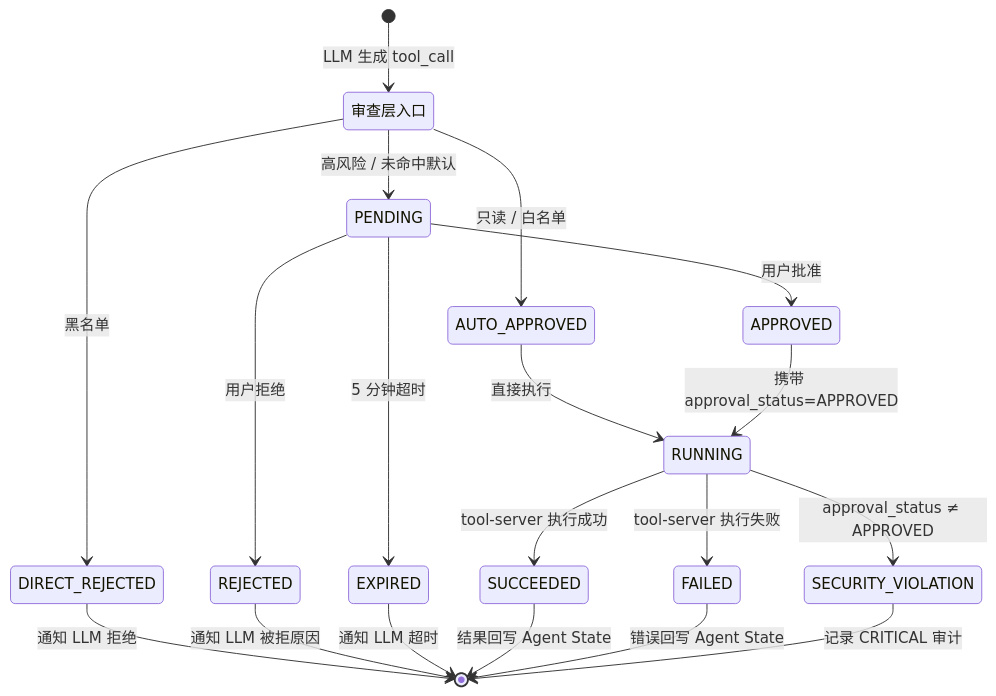
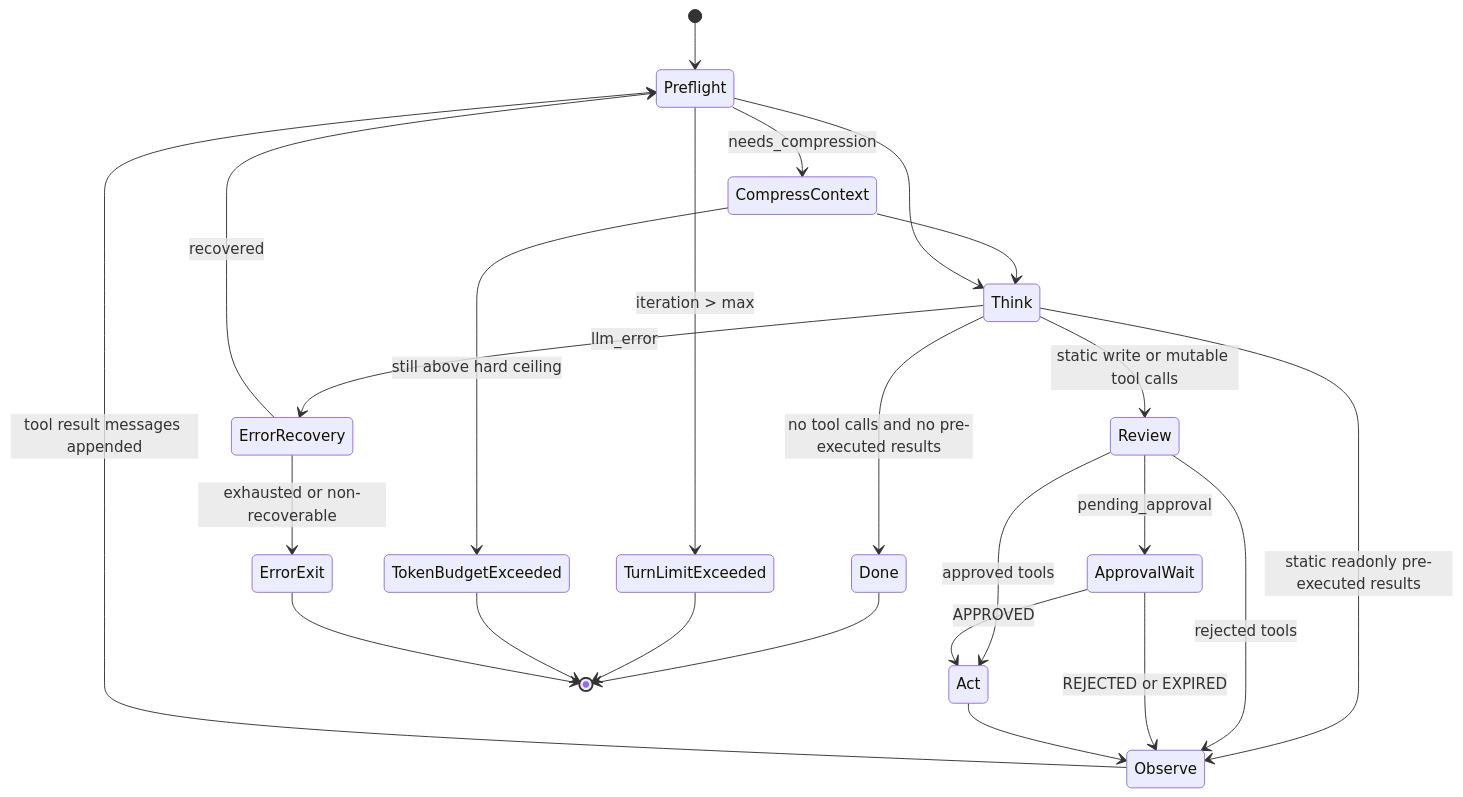
The fourth of 13 diagrams in web-server/graph.md (nazzeDe/alascup-agent), drawn with Mermaid before and after one commit. The commit also changed other lines of this file and 21 other files, not shown here.

````diff
--- a/web-server/graph.md
+++ b/web-server/graph.md
@@ -191,29 +154,31 @@
 ```mermaid
 stateDiagram-v2
-    state "审查层入口" as SEC_ENTRY
+    [*] --> Preflight
+    Preflight --> TurnLimitExceeded: iteration > max
+    Preflight --> CompressContext: needs_compression
+    CompressContext --> TokenBudgetExceeded: still above hard ceiling
+    CompressContext --> Think
+    Preflight --> Think
 
-    [*] --> SEC_ENTRY: LLM 生成 tool_call
+    Think --> Done: no tool calls and no pre-executed results
+    Think --> Observe: static readonly pre-executed results
+    Think --> Review: static write or mutable tool calls
+    Think --> ErrorRecovery: llm_error
 
-    SEC_ENTRY --> AUTO_APPROVED: 只读 / 白名单
-    SEC_ENTRY --> DIRECT_REJECTED: 黑名单
-    SEC_ENTRY --> PENDING: 高风险 / 未命中默认
+    Review --> Act: approved tools
+    Review --> ApprovalWait: pending_approval
+    Review --> Observe: rejected tools
 
-    AUTO_APPROVED --> RUNNING: 直接执行
-    DIRECT_REJECTED --> [*]: 通知 LLM 拒绝
+    ApprovalWait --> Act: APPROVED
+    ApprovalWait --> Observe: REJECTED or EXPIRED
 
-    PENDING --> APPROVED: 用户批准
-    PENDING --> REJECTED: 用户拒绝
-    PENDING --> EXPIRED: 5 分钟超时
+    Act --> Observe
+    Observe --> Preflight: tool result messages appended
+    ErrorRecovery --> Preflight: recovered
+    ErrorRecovery --> ErrorExit: exhausted or non-recoverable
 
-    APPROVED --> RUNNING: 携带 approval_status=APPROVED
-    REJECTED --> [*]: 通知 LLM 被拒原因
-    EXPIRED --> [*]: 通知 LLM 超时
-
-    RUNNING --> SUCCEEDED: tool-server 执行成功
-    RUNNING --> FAILED: tool-server 执行失败
-    RUNNING --> SECURITY_VIOLATION: approval_status ≠ APPROVED
-
-    SUCCEEDED --> [*]: 结果回写 Agent State
-    FAILED --> [*]: 错误回写 Agent State
-    SECURITY_VIOLATION --> [*]: 记录 CRITICAL 审计
+    Done --> [*]
+    TurnLimitExceeded --> [*]
+    TokenBudgetExceeded --> [*]
+    ErrorExit --> [*]
 ```
````
